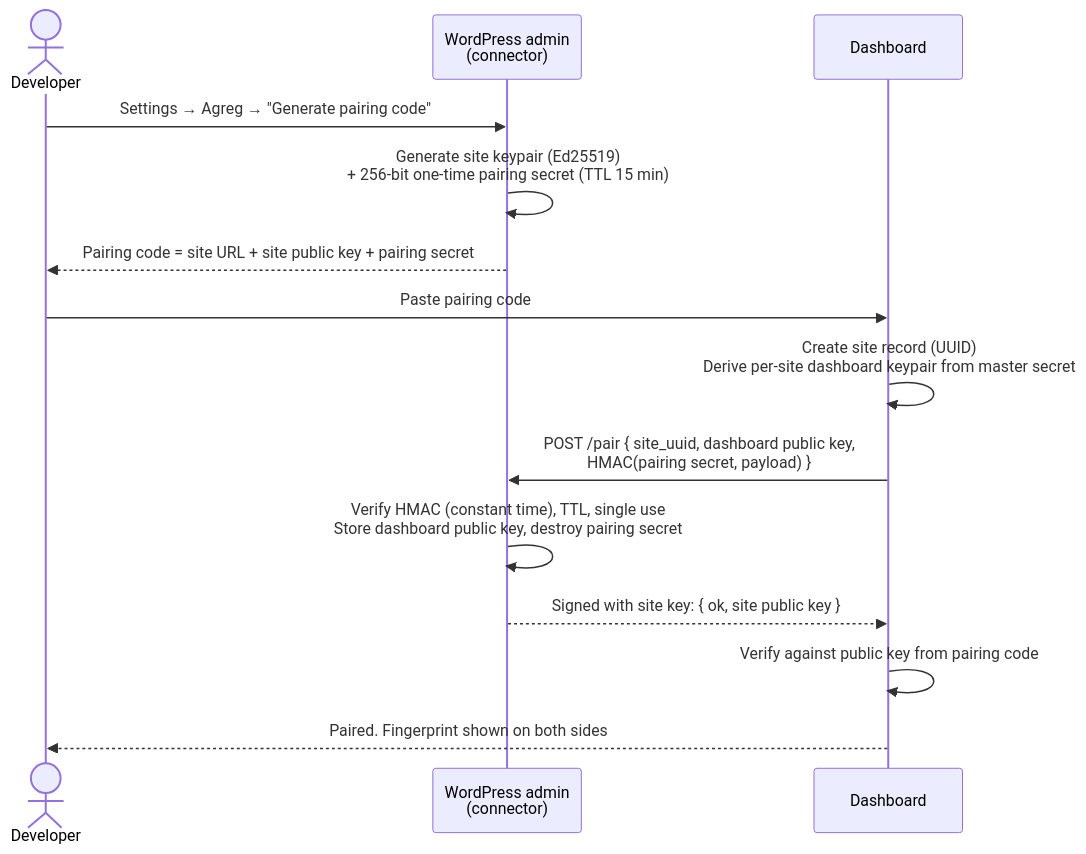
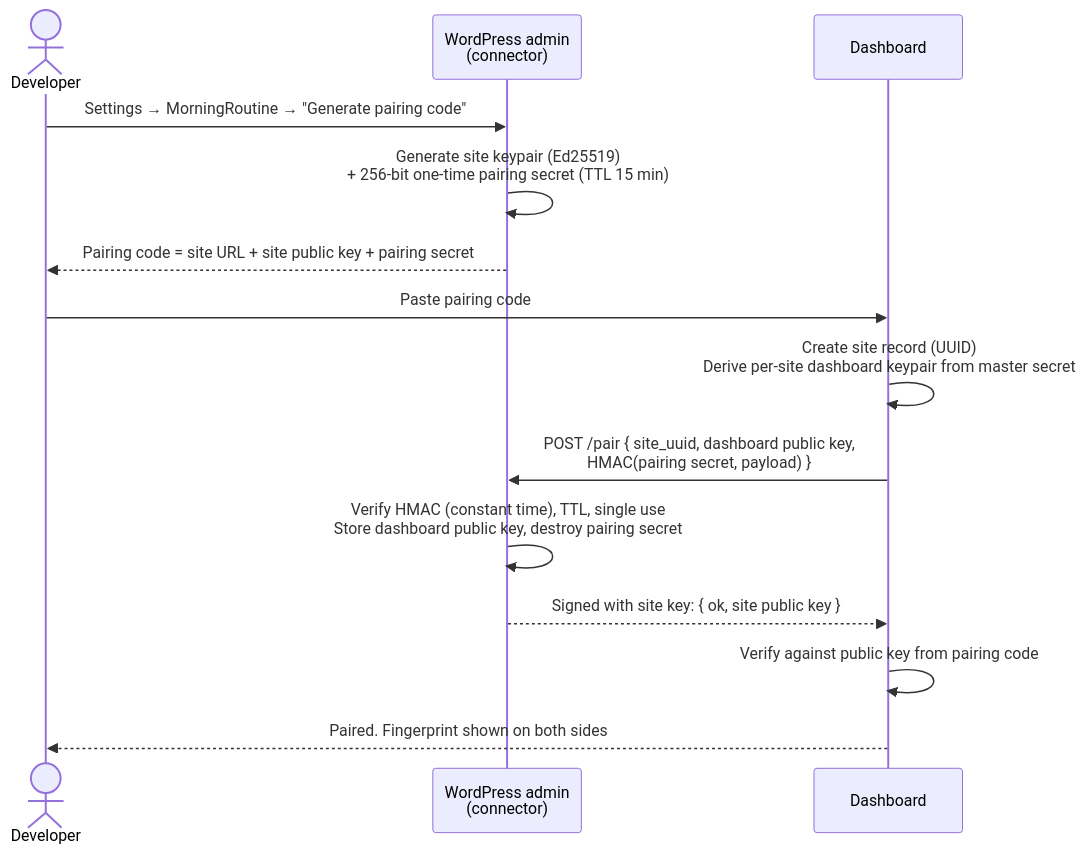
One commit to WilliamTouboul/MorningRoutine changed the second of 4 diagrams in README.md. Above: the diagram before and after it, drawn with Mermaid. The commit also changed other lines of this file and 1 other file, not shown here.

First line of the commit message:
docs: rename project to MorningRoutine

````diff
--- a/README.md
+++ b/README.md
@@ -142,17 +140,17 @@
 ```mermaid
 sequenceDiagram
     actor Dev as Developer
     participant WP as WordPress admin<br/>(connector)
     participant D as Dashboard
 
-    Dev->>WP: Settings → Agreg → "Generate pairing code"
+    Dev->>WP: Settings → MorningRoutine → "Generate pairing code"
     WP->>WP: Generate site keypair (Ed25519)<br/>+ 256-bit one-time pairing secret (TTL 15 min)
     WP-->>Dev: Pairing code = site URL + site public key + pairing secret
     Dev->>D: Paste pairing code
     D->>D: Create site record (UUID)<br/>Derive per-site dashboard keypair from master secret
     D->>WP: POST /pair { site_uuid, dashboard public key,<br/>HMAC(pairing secret, payload) }
     WP->>WP: Verify HMAC (constant time), TTL, single use<br/>Store dashboard public key, destroy pairing secret
     WP-->>D: Signed with site key: { ok, site public key }
     D->>D: Verify against public key from pairing code
     D-->>Dev: Paired. Fingerprint shown on both sides
 ```
````
